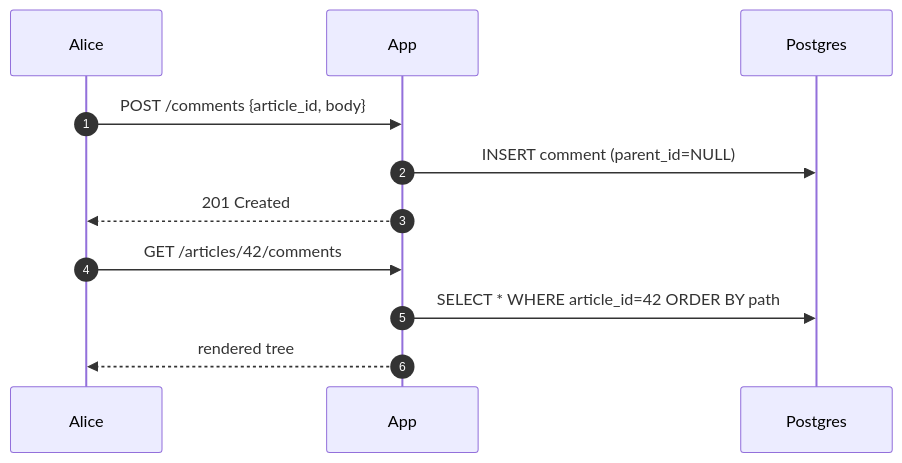
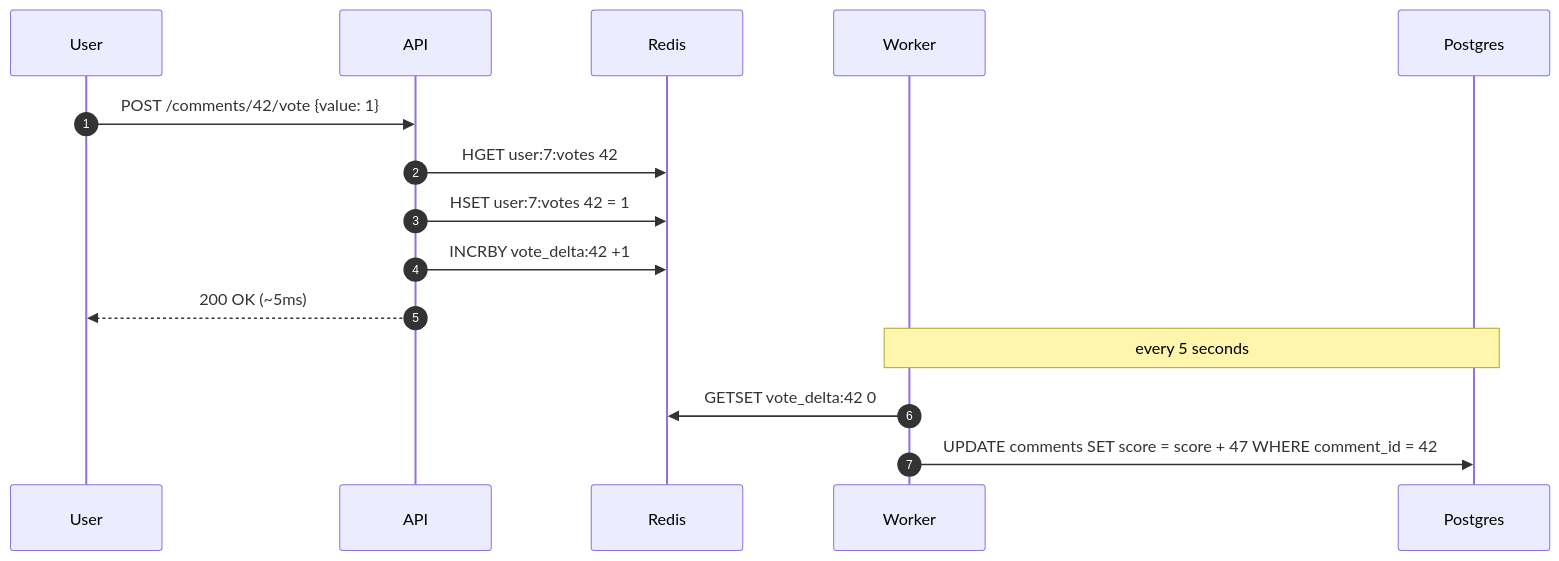
One commit to shiningflash/system-design changed the fourth of 10 diagrams in problems/015-comment-system/question.md. Above: the diagram before and after it, drawn with Mermaid. The commit also changed other lines of this file and 37 other files, not shown here.

````diff
--- a/problems/015-comment-system/question.md
+++ b/problems/015-comment-system/question.md
@@ -134,15 +205,19 @@
 ```mermaid
 sequenceDiagram
     autonumber
-    participant Alice
-    participant App
+    participant User
+    participant API
+    participant Redis
+    participant Worker
     participant DB as Postgres
 
-    Alice->>App: POST /comments {article_id, body}
-    App->>DB: INSERT comment (parent_id=NULL)
-    App-->>Alice: 201 Created
+    User->>API: POST /comments/42/vote {value: 1}
+    API->>Redis: HGET user:7:votes 42
+    API->>Redis: HSET user:7:votes 42 = 1
+    API->>Redis: INCRBY vote_delta:42 +1
+    API-->>User: 200 OK (~5ms)
 
-    Alice->>App: GET /articles/42/comments
-    App->>DB: SELECT * WHERE article_id=42 ORDER BY path
-    App-->>Alice: rendered tree
+    Note over Worker,DB: every 5 seconds
+    Worker->>Redis: GETSET vote_delta:42 0
+    Worker->>DB: UPDATE comments SET score = score + 47 WHERE comment_id = 42
 ```
````
